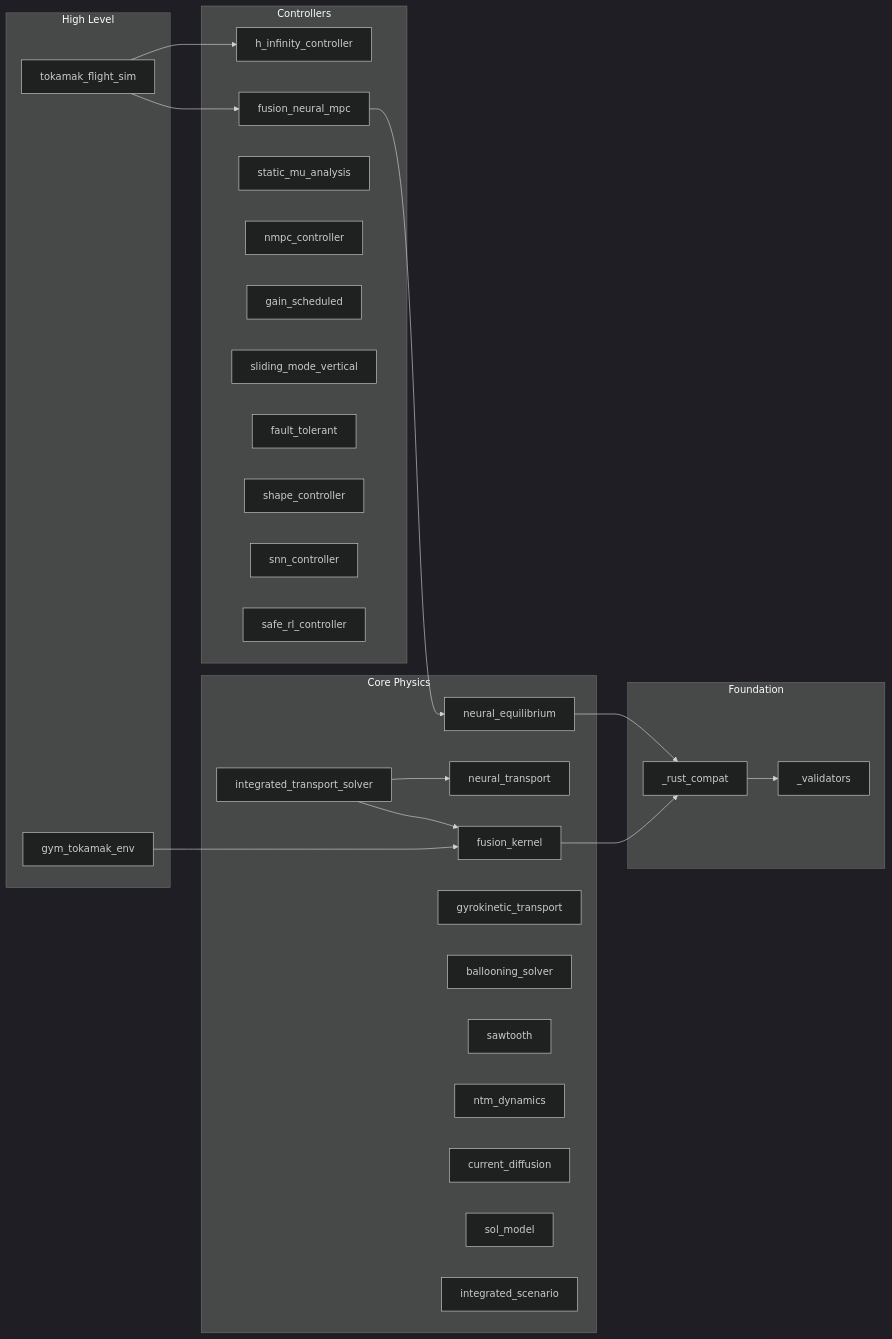
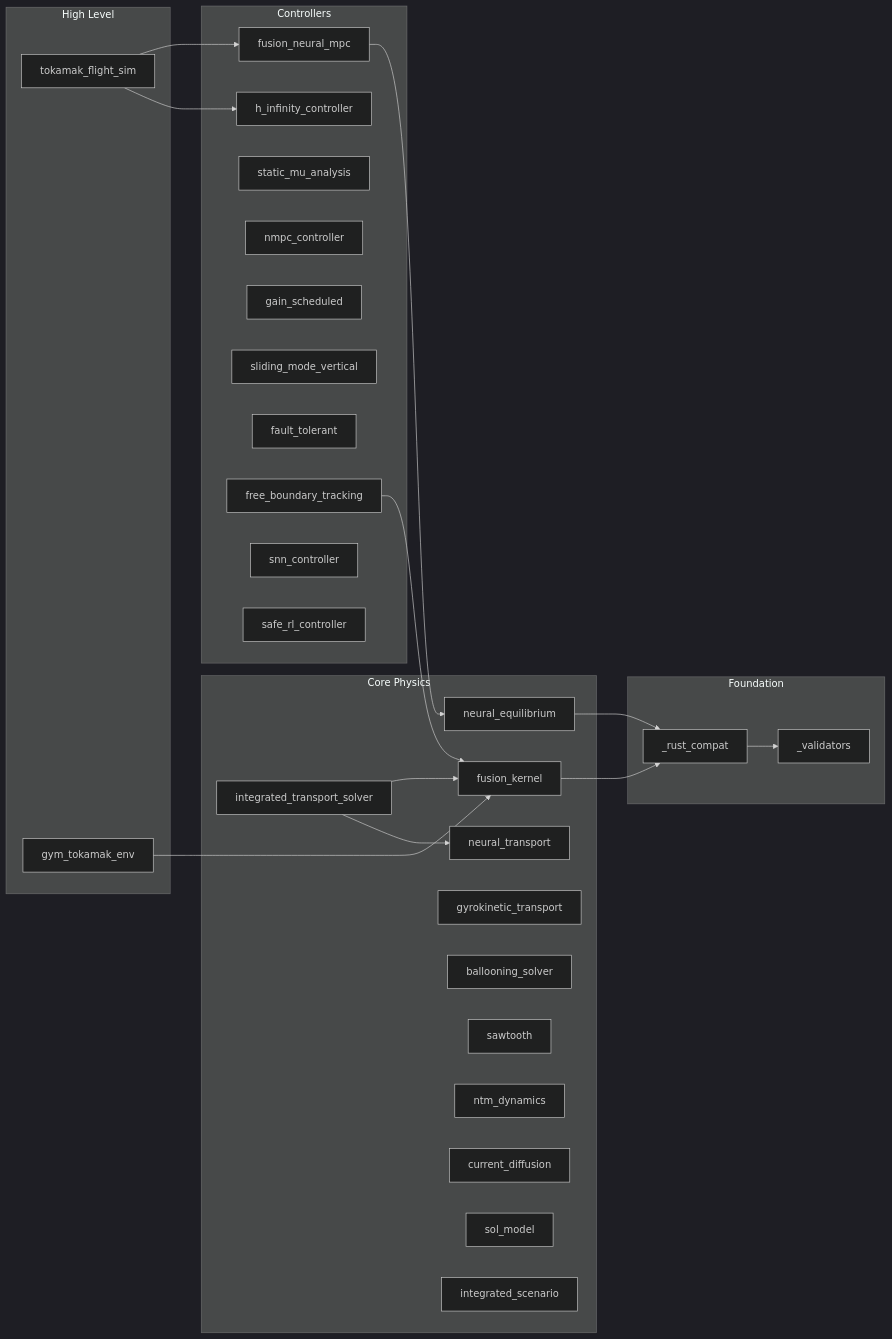
Before and after one commit to anulum/scpn-control: the third of 5 diagrams in docs/architecture.md, drawn with Mermaid (dark theme). The commit also changed other lines of this file and 13 other files, not shown here.

First line of the commit message:
fix(control): remove synthetic shape-controller surface

````diff
--- a/docs/architecture.md
+++ b/docs/architecture.md
@@ -239,49 +239,50 @@
 ```mermaid
 graph LR
     subgraph "High Level"
         FS[tokamak_flight_sim]
         GYM[gym_tokamak_env]
     end
 
     subgraph "Controllers"
         MPC[fusion_neural_mpc]
         HINF[h_infinity_controller]
         MU[static_mu_analysis]
         NMPC[nmpc_controller]
         GS_CTRL[gain_scheduled]
         SM[sliding_mode_vertical]
         FT[fault_tolerant]
-        SC[shape_controller]
+        SC[free_boundary_tracking]
         SNN[snn_controller]
         SRL[safe_rl_controller]
     end
 
     subgraph "Core Physics"
         ITS[integrated_transport_solver]
         FK[fusion_kernel]
         NEQ[neural_equilibrium]
         NT[neural_transport]
         GT[gyrokinetic_transport]
         BS[ballooning_solver]
         ST[sawtooth]
         NTM[ntm_dynamics]
         CD[current_diffusion]
         SOL[sol_model]
         ISS[integrated_scenario]
     end
 
     subgraph "Foundation"
         RC[_rust_compat]
         VAL[_validators]
     end
 
     FS --> MPC
     FS --> HINF
     GYM --> FK
+    SC --> FK
     MPC --> NEQ
     ITS --> FK
     ITS --> NT
     FK --> RC
     NEQ --> RC
     RC --> VAL
 ```
````
